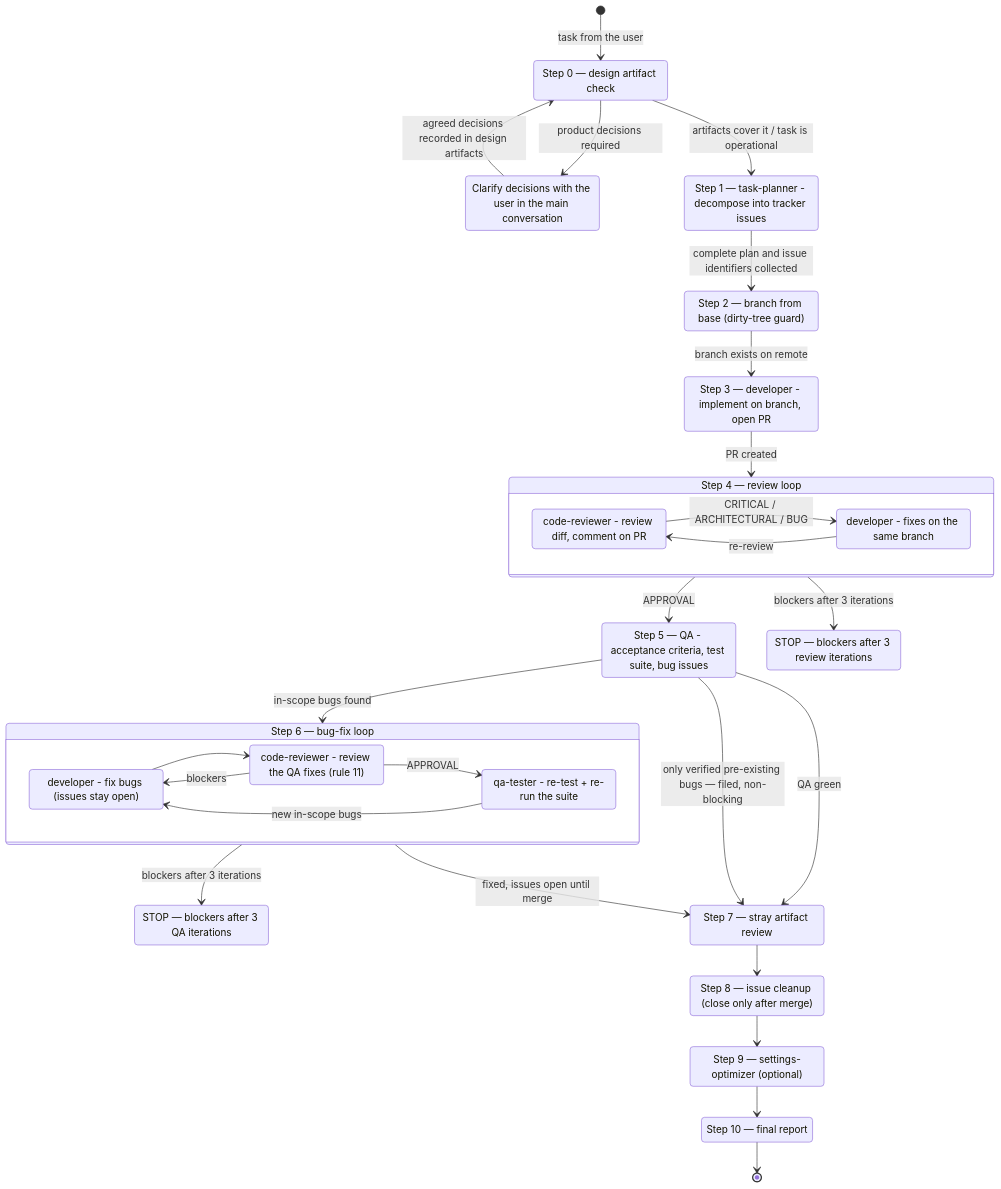
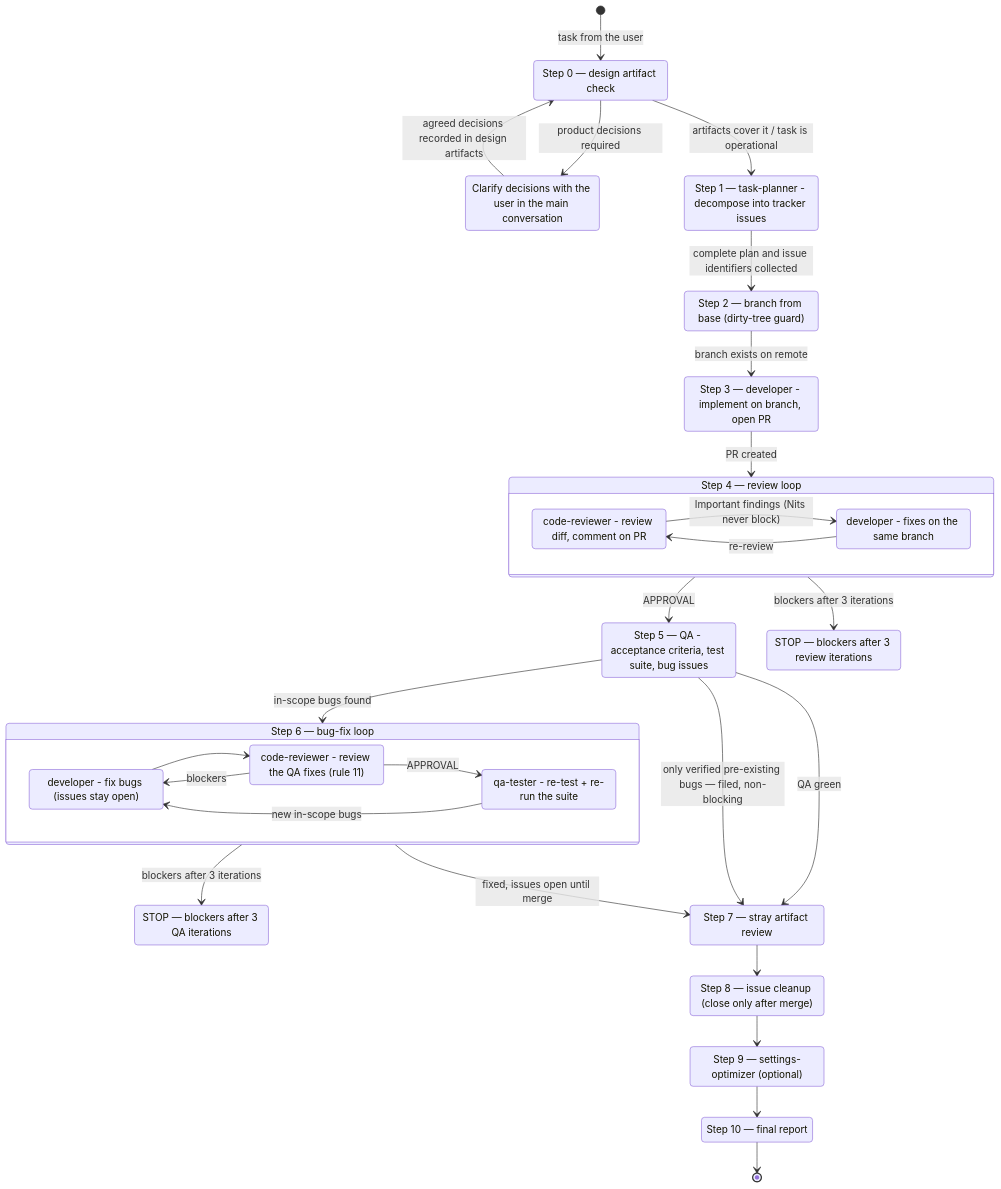
Before and after one commit to TeleginS/agent-orchestration: the diagram in PIPELINE-GRAPH.md, drawn with Mermaid. The commit also changed 40 other files, not shown here.

````diff
--- a/PIPELINE-GRAPH.md
+++ b/PIPELINE-GRAPH.md
@@ -7,57 +7,57 @@
 ```mermaid
 stateDiagram-v2
     [*] --> S0: task from the user
 
     state "Step 0 — design artifact check" as S0
     state "Clarify decisions with the user in the main conversation" as CLARIFY_DESIGN
     state "Step 1 — task-planner - decompose into tracker issues" as S1
     state "Step 2 — branch from base (dirty-tree guard)" as S2
     state "Step 3 — developer - implement on branch, open PR" as S3
     state "Step 5 — QA - acceptance criteria, test suite, bug issues" as S5
     state "STOP — blockers after 3 review iterations" as STOP_REVIEW
     state "STOP — blockers after 3 QA iterations" as STOP_QA
     state "Step 7 — stray artifact review" as S7
     state "Step 8 — issue cleanup (close only after merge)" as S8
     state "Step 9 — settings-optimizer (optional)" as S9
     state "Step 10 — final report" as S10
 
     S0 --> S1: artifacts cover it / task is operational
     S0 --> CLARIFY_DESIGN: product decisions required
     CLARIFY_DESIGN --> S0: agreed decisions recorded in design artifacts
 
     S1 --> S2: complete plan and issue identifiers collected
     S2 --> S3: branch exists on remote
     S3 --> S4: PR created
 
     state "Step 4 — review loop" as S4 {
         direction LR
         state "code-reviewer - review diff, comment on PR" as R4
         state "developer - fixes on the same branch" as F4
-        R4 --> F4: CRITICAL / ARCHITECTURAL / BUG
+        R4 --> F4: Important findings (Nits never block)
         F4 --> R4: re-review
     }
     S4 --> STOP_REVIEW: blockers after 3 iterations
     S4 --> S5: APPROVAL
 
     S5 --> S7: QA green
     S5 --> S6: in-scope bugs found
     S5 --> S7: only verified pre-existing bugs — filed, non-blocking
 
     state "Step 6 — bug-fix loop" as S6 {
         direction LR
         state "developer - fix bugs (issues stay open)" as F6
         state "code-reviewer - review the QA fixes (rule 11)" as RV6
         state "qa-tester - re-test + re-run the suite" as Q6
         F6 --> RV6
         RV6 --> F6: blockers
         RV6 --> Q6: APPROVAL
         Q6 --> F6: new in-scope bugs
     }
     S6 --> STOP_QA: blockers after 3 iterations
     S6 --> S7: fixed, issues open until merge
 
     S7 --> S8
     S8 --> S9
     S9 --> S10
     S10 --> [*]
 ```
````
